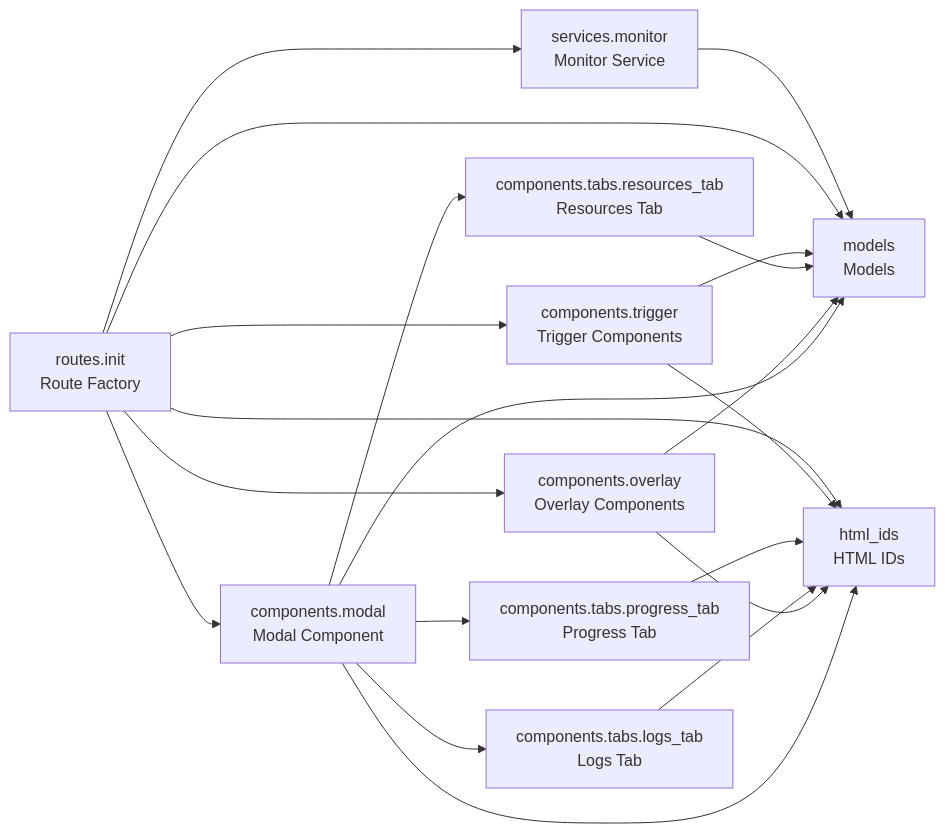
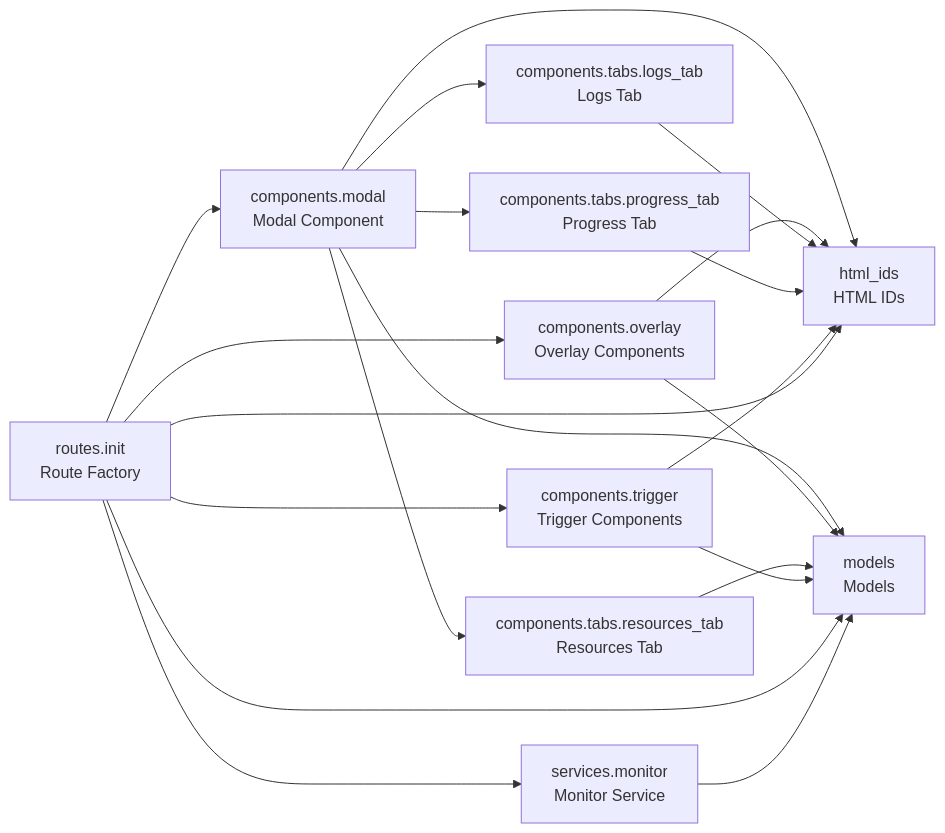
Before and after one commit to cj-mills/cjm-fasthtml-job-monitor: the diagram in README.md, drawn with Mermaid. The commit also changed other lines of this file and 11 other files, not shown here.

Commit message:
Replace HTMX polling with SSE-based real-time updates, add selective tab push optimization, and fix modal backdrop click-to-close.

````diff
--- a/README.md
+++ b/README.md
@@ -34,33 +34,33 @@
 ``` mermaid
 graph LR
     components_modal[components.modal<br/>Modal Component]
     components_overlay[components.overlay<br/>Overlay Components]
     components_tabs_logs_tab[components.tabs.logs_tab<br/>Logs Tab]
     components_tabs_progress_tab[components.tabs.progress_tab<br/>Progress Tab]
     components_tabs_resources_tab[components.tabs.resources_tab<br/>Resources Tab]
     components_trigger[components.trigger<br/>Trigger Components]
     html_ids[html_ids<br/>HTML IDs]
     models[models<br/>Models]
     routes_init[routes.init<br/>Route Factory]
     services_monitor[services.monitor<br/>Monitor Service]
 
-    components_modal --> components_tabs_resources_tab
     components_modal --> models
+    components_modal --> html_ids
     components_modal --> components_tabs_logs_tab
     components_modal --> components_tabs_progress_tab
-    components_modal --> html_ids
+    components_modal --> components_tabs_resources_tab
+    components_overlay --> html_ids
     components_overlay --> models
-    components_overlay --> html_ids
     components_tabs_logs_tab --> html_ids
     components_tabs_progress_tab --> html_ids
     components_tabs_resources_tab --> models
+    components_trigger --> html_ids
     components_trigger --> models
-    components_trigger --> html_ids
     routes_init --> components_overlay
+    routes_init --> models
+    routes_init --> services_monitor
     routes_init --> components_modal
-    routes_init --> models
+    routes_init --> html_ids
     routes_init --> components_trigger
-    routes_init --> services_monitor
-    routes_init --> html_ids
     services_monitor --> models
 ```
````
